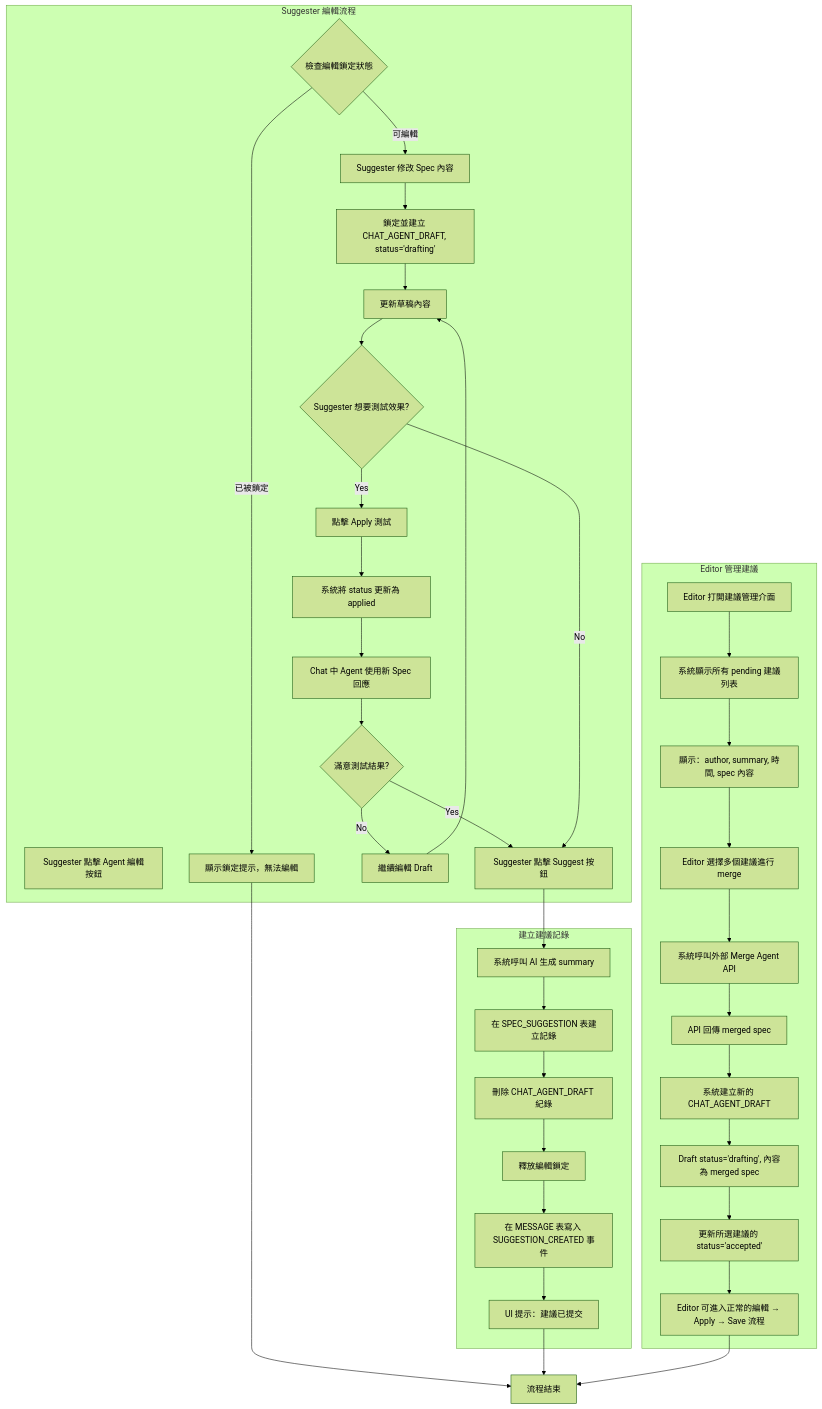
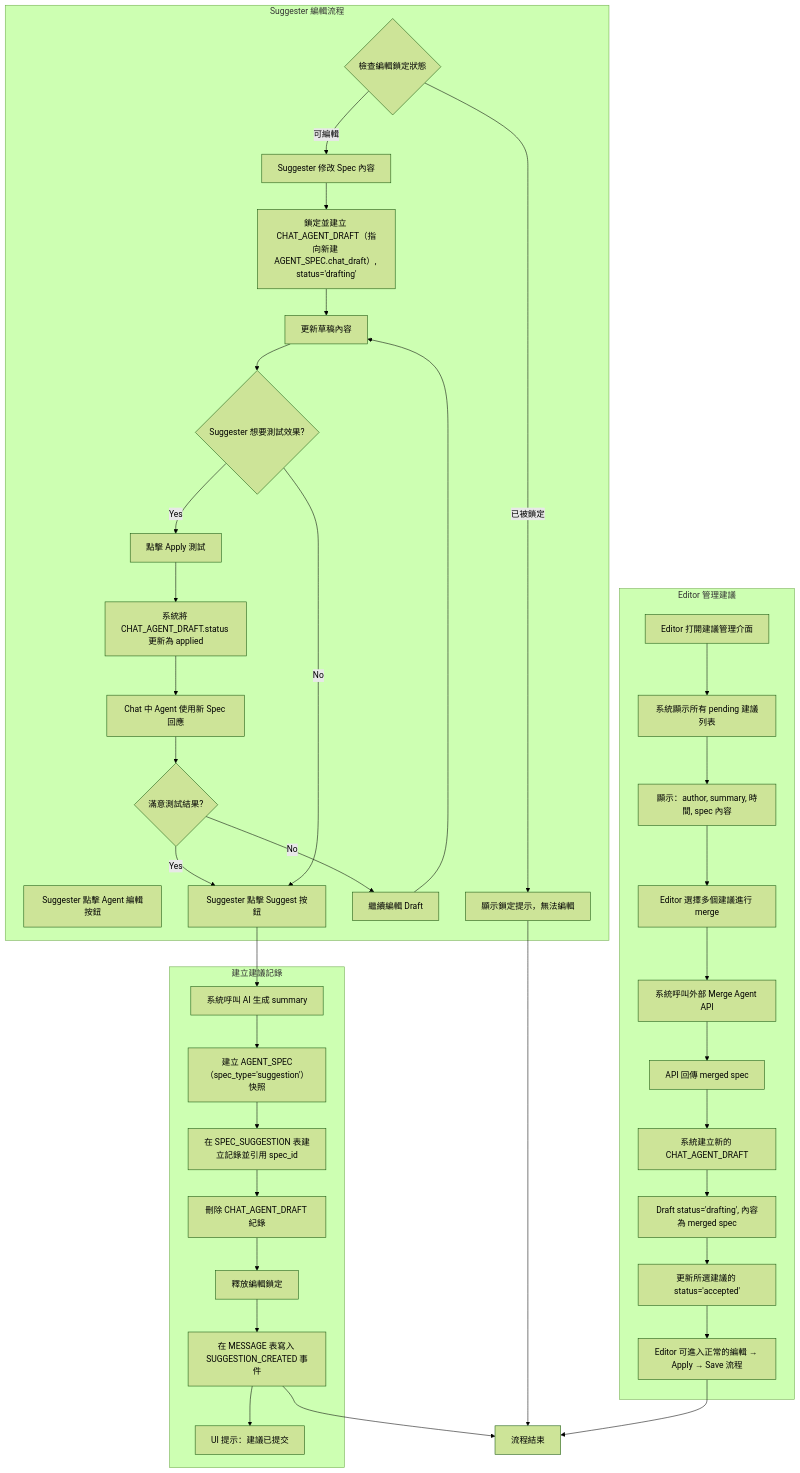
The seventh of 8 diagrams in design_doc.md (zhowzeng/v2-design-doc), drawn with Mermaid (forest theme) before and after one commit. The commit also changed other lines of this file, not shown here.

Commit message:
更新設計文件，擴充 AGENT_SPEC 結構，新增 spec_type、name、description、model_config 和 tools_config 欄位，並調整 CHAT_AGENT_DRAFT 和 SPEC_SUGGESTION 的關聯，強化版本管理與草稿機制

````diff
--- a/design_doc.md
+++ b/design_doc.md
@@ -514,49 +514,50 @@
 ```mermaid
 graph TD
     subgraph Phase1 [Suggester 編輯流程]
         A1[Suggester 點擊 Agent 編輯按鈕]
         A2{檢查編輯鎖定狀態}
         A2 -- 已被鎖定 --> A3[顯示鎖定提示，無法編輯]
         A2 -- 可編輯 --> A4[Suggester 修改 Spec 內容]
-        A4 --> A5[鎖定並建立 CHAT_AGENT_DRAFT, status='drafting']
+        A4 --> A5[鎖定並建立 CHAT_AGENT_DRAFT（指向新建 AGENT_SPEC.chat_draft）, status='drafting']
         A5 --> A6[更新草稿內容]
         A6 --> A7{Suggester 想要測試效果?}
         A7 -- Yes --> A8[點擊 Apply 測試]
-        A8 --> A9[系統將 status 更新為 applied]
+        A8 --> A9[系統將 CHAT_AGENT_DRAFT.status 更新為 applied]
         A9 --> A10[Chat 中 Agent 使用新 Spec 回應]
         A10 --> A11{滿意測試結果?}
         A11 -- No --> A12[繼續編輯 Draft]
         A12 --> A6
         A11 -- Yes --> A13[Suggester 點擊 Suggest 按鈕]
         A7 -- No --> A13
     end
     
     subgraph Phase2 [建立建議記錄]
         B1[系統呼叫 AI 生成 summary]
-        B2[在 SPEC_SUGGESTION 表建立記錄]
-        B3[刪除 CHAT_AGENT_DRAFT 紀錄]
-        B4[釋放編輯鎖定]
-        B5[在 MESSAGE 表寫入 SUGGESTION_CREATED 事件]
-        B6[UI 提示：建議已提交]
-        B1 --> B2 --> B3 --> B4 --> B5 --> B6
+        B2[建立 AGENT_SPEC（spec_type='suggestion'）快照]
+        B3[在 SPEC_SUGGESTION 表建立記錄並引用 spec_id]
+        B4[刪除 CHAT_AGENT_DRAFT 紀錄]
+        B5[釋放編輯鎖定]
+        B6[在 MESSAGE 表寫入 SUGGESTION_CREATED 事件]
+        B7[UI 提示：建議已提交]
+        B1 --> B2 --> B3 --> B4 --> B5 --> B6 --> B7
     end
     
     subgraph Phase3 [Editor 管理建議]
         C1[Editor 打開建議管理介面]
         C2[系統顯示所有 pending 建議列表]
         C3[顯示：author, summary, 時間, spec 內容]
         C4[Editor 選擇多個建議進行 merge]
         C5[系統呼叫外部 Merge Agent API]
         C6[API 回傳 merged spec]
         C7[系統建立新的 CHAT_AGENT_DRAFT]
         C8[Draft status='drafting', 內容為 merged spec]
         C9[更新所選建議的 status='accepted']
         C10[Editor 可進入正常的編輯 → Apply → Save 流程]
         C1 --> C2 --> C3 --> C4 --> C5 --> C6 --> C7 --> C8 --> C9 --> C10
     end
     
     A13 --> B1
     A3 --> F[流程結束]
     B6 --> F
     C10 --> F
 ```
````
